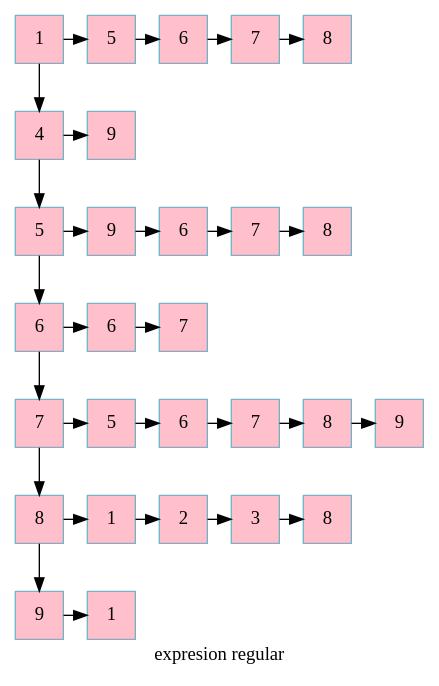
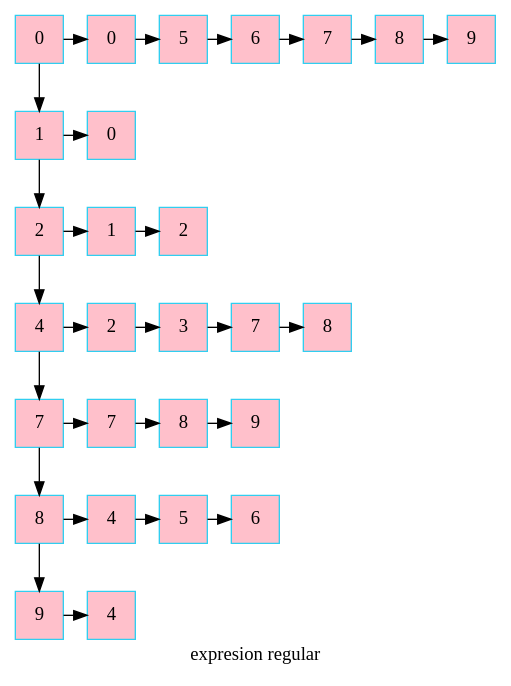
The diagram in grafo.dot (betebetoven/EDDS2F2), drawn with Graphviz before and after one commit. The commit also changed 41 other files, not shown here.

```diff
--- a/grafo.dot
+++ b/grafo.dot
@@ -1,71 +1,69 @@
 digraph G
 {label="expresion regular"
         node[shape = square]
         node[style = filled]
         node[fillcolor = "#EEEEE"]
         node[color = "#EEEEE"]
         node[color = "#31CEF0"]
 
-1731287365040 [label="1",fillcolor ="pink"]
-1731289704064 [label="5",fillcolor ="pink"]
-1731289413328 [label="6",fillcolor ="pink"]
-1731289413712 [label="7",fillcolor ="pink"]
-1731289414000 [label="8",fillcolor ="pink"]
-1731287364656 [label="4",fillcolor ="pink"]
-1731289414384 [label="9",fillcolor ="pink"]
-1731289664912 [label="5",fillcolor ="pink"]
-1731289704400 [label="9",fillcolor ="pink"]
-1731289709008 [label="6",fillcolor ="pink"]
-1731289661504 [label="7",fillcolor ="pink"]
-1731289661840 [label="8",fillcolor ="pink"]
-1731289662224 [label="6",fillcolor ="pink"]
-1731289706752 [label="6",fillcolor ="pink"]
-1731289663856 [label="7",fillcolor ="pink"]
-1731289664240 [label="7",fillcolor ="pink"]
-1731289704208 [label="5",fillcolor ="pink"]
-1731289664576 [label="6",fillcolor ="pink"]
-1731289663040 [label="7",fillcolor ="pink"]
-1731289663616 [label="8",fillcolor ="pink"]
-1731289662272 [label="9",fillcolor ="pink"]
-1731289662896 [label="8",fillcolor ="pink"]
-1731289706560 [label="1",fillcolor ="pink"]
-1731289414672 [label="2",fillcolor ="pink"]
-1731289415008 [label="3",fillcolor ="pink"]
-1731289415344 [label="8",fillcolor ="pink"]
-1731289841968 [label="9",fillcolor ="pink"]
-1731289842160 [label="1",fillcolor ="pink"]
-1731287365040-> 1731287364656
-1731287365040-> 1731289704064
-1731289704064-> 1731289413328
-1731289413328-> 1731289413712
-1731289413712-> 1731289414000
-1731287364656-> 1731289664912
-1731287364656-> 1731289414384
-1731289664912-> 1731289662224
-1731289664912-> 1731289704400
-1731289704400-> 1731289709008
-1731289709008-> 1731289661504
-1731289661504-> 1731289661840
-1731289662224-> 1731289664240
-1731289662224-> 1731289706752
-1731289706752-> 1731289663856
-1731289664240-> 1731289662896
-1731289664240-> 1731289704208
-1731289704208-> 1731289664576
-1731289664576-> 1731289663040
-1731289663040-> 1731289663616
-1731289663616-> 1731289662272
-1731289662896-> 1731289841968
-1731289662896-> 1731289706560
-1731289706560-> 1731289414672
-1731289414672-> 1731289415008
-1731289415008-> 1731289415344
-1731289841968-> 1731289842160
- {rank=same; 1731287365040;1731289704064;1731289413328;1731289413712;1731289414000;}
- {rank=same; 1731287364656;1731289414384;}
- {rank=same; 1731289664912;1731289704400;1731289709008;1731289661504;1731289661840;}
- {rank=same; 1731289662224;1731289706752;1731289663856;}
- {rank=same; 1731289664240;1731289704208;1731289664576;1731289663040;1731289663616;1731289662272;}
- {rank=same; 1731289662896;1731289706560;1731289414672;1731289415008;1731289415344;}
- {rank=same; 1731289841968;1731289842160;}
+1654813927568 [label="0",fillcolor ="pink"]
+1654813933040 [label="0",fillcolor ="pink"]
+1654816221376 [label="5",fillcolor ="pink"]
+1654816220368 [label="6",fillcolor ="pink"]
+1654816214944 [label="7",fillcolor ="pink"]
+1654816215280 [label="8",fillcolor ="pink"]
+1654816215616 [label="9",fillcolor ="pink"]
+1654816216000 [label="1",fillcolor ="pink"]
+1654816296288 [label="0",fillcolor ="pink"]
+1654816220656 [label="2",fillcolor ="pink"]
+1654816296192 [label="1",fillcolor ="pink"]
+1654816219648 [label="2",fillcolor ="pink"]
+1654816298976 [label="4",fillcolor ="pink"]
+1654816301856 [label="2",fillcolor ="pink"]
+1654816218976 [label="3",fillcolor ="pink"]
+1654816219312 [label="7",fillcolor ="pink"]
+1654816218304 [label="8",fillcolor ="pink"]
+1654816218688 [label="7",fillcolor ="pink"]
+1654816298448 [label="7",fillcolor ="pink"]
+1654816216048 [label="8",fillcolor ="pink"]
+1654816216624 [label="9",fillcolor ="pink"]
+1654816008288 [label="8",fillcolor ="pink"]
+1654816297680 [label="4",fillcolor ="pink"]
+1654816217296 [label="5",fillcolor ="pink"]
+1654816217680 [label="6",fillcolor ="pink"]
+1654816010688 [label="9",fillcolor ="pink"]
+1654816298880 [label="4",fillcolor ="pink"]
+1654813927568-> 1654816216000
+1654813927568-> 1654813933040
+1654813933040-> 1654816221376
+1654816221376-> 1654816220368
+1654816220368-> 1654816214944
+1654816214944-> 1654816215280
+1654816215280-> 1654816215616
+1654816216000-> 1654816220656
+1654816216000-> 1654816296288
+1654816220656-> 1654816298976
+1654816220656-> 1654816296192
+1654816296192-> 1654816219648
+1654816298976-> 1654816218688
+1654816298976-> 1654816301856
+1654816301856-> 1654816218976
+1654816218976-> 1654816219312
+1654816219312-> 1654816218304
+1654816218688-> 1654816008288
+1654816218688-> 1654816298448
+1654816298448-> 1654816216048
+1654816216048-> 1654816216624
+1654816008288-> 1654816010688
+1654816008288-> 1654816297680
+1654816297680-> 1654816217296
+1654816217296-> 1654816217680
+1654816010688-> 1654816298880
+ {rank=same; 1654813927568;1654813933040;1654816221376;1654816220368;1654816214944;1654816215280;1654816215616;}
+ {rank=same; 1654816216000;1654816296288;}
+ {rank=same; 1654816220656;1654816296192;1654816219648;}
+ {rank=same; 1654816298976;1654816301856;1654816218976;1654816219312;1654816218304;}
+ {rank=same; 1654816218688;1654816298448;1654816216048;1654816216624;}
+ {rank=same; 1654816008288;1654816297680;1654816217296;1654816217680;}
+ {rank=same; 1654816010688;1654816298880;}
  }
```
